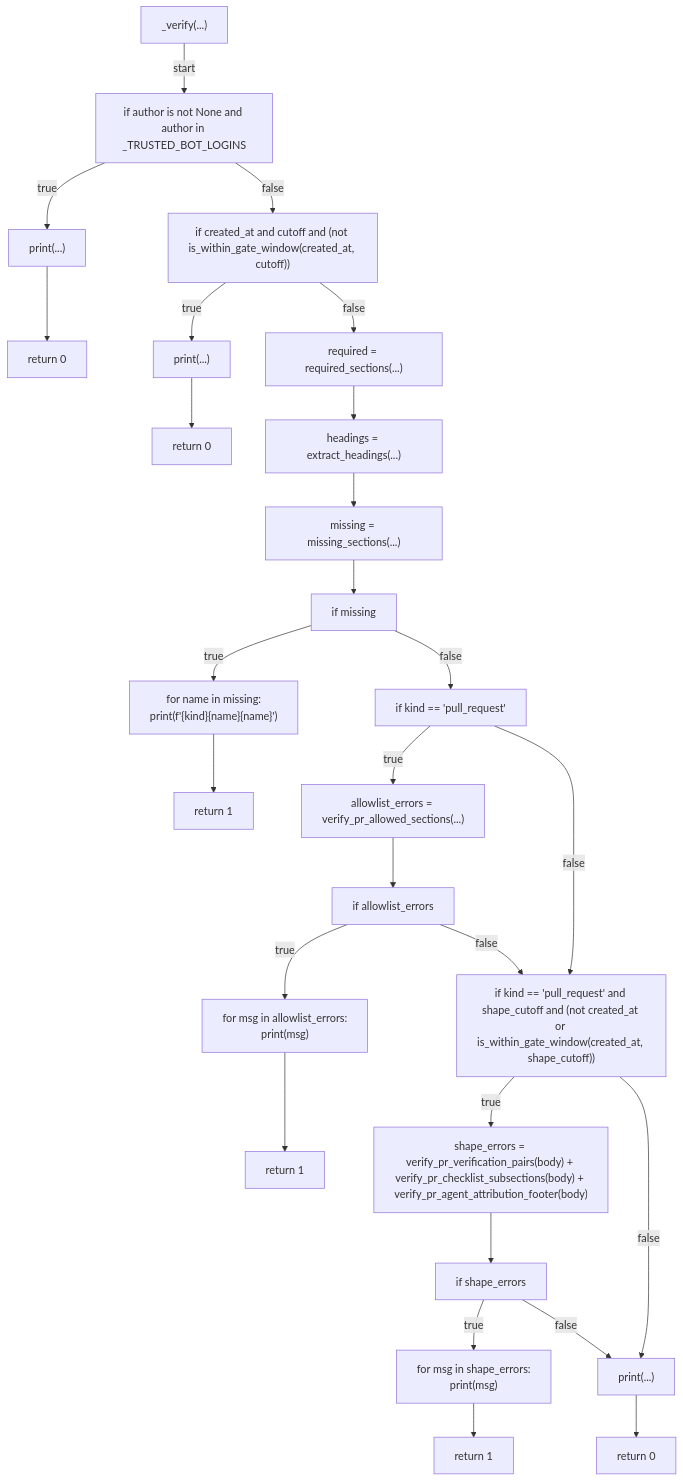
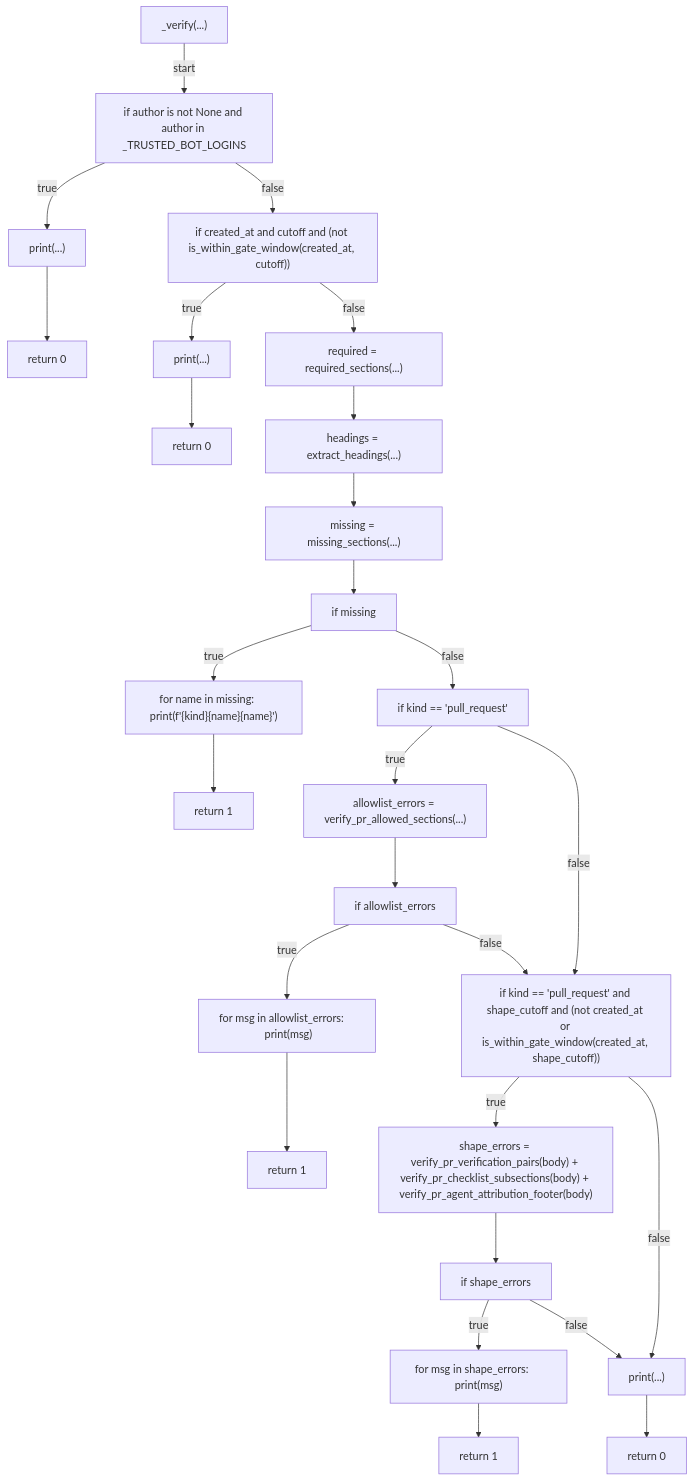
Before and after one commit to tvna/claude-md: diagram 18 of 25 in docs/generated/scripts/ast/body_policy.md, drawn with Mermaid. The commit also changed other lines of this file and 20 other files, not shown here.

First line of the commit message:
docs(generated): regenerate decision tree and workflow diagrams (batch 1/5)

````diff
--- a/docs/generated/scripts/ast/body_policy.md
+++ b/docs/generated/scripts/ast/body_policy.md
@@ -429,57 +365,54 @@
 ```mermaid
 flowchart TD
     N001["_verify(...)"]
     N002["if author is not None and author in _TRUSTED_BOT_LOGINS"]
     N003["print(...)"]
     N004["return 0"]
     N005["if created_at and cutoff and (not is_within_gate_window(created_at, cutoff))"]
     N006["print(...)"]
     N007["return 0"]
     N008["required = required_sections(...)"]
     N009["headings = extract_headings(...)"]
     N010["missing = missing_sections(...)"]
     N011["if missing"]
-    N012["for name in missing:
-    print(f'<str>{kind}<str>{name}<str>{name}<str>')"]
+    N012["for name in missing:     print(f'<str>{kind}<str>{name}<str>{name}<str>')"]
     N013["return 1"]
     N014["if kind == 'pull_request'"]
     N015["allowlist_errors = verify_pr_allowed_sections(...)"]
     N016["if allowlist_errors"]
-    N017["for msg in allowlist_errors:
-    print(msg)"]
+    N017["for msg in allowlist_errors:     print(msg)"]
     N018["return 1"]
     N019["if kind == 'pull_request' and shape_cutoff and (not created_at or is_within_gate_window(created_at, shape_cutoff))"]
     N020["shape_errors = verify_pr_verification_pairs(body) + verify_pr_checklist_subsections(body) + verify_pr_agent_attribution_footer(body)"]
     N021["if shape_errors"]
-    N022["for msg in shape_errors:
-    print(msg)"]
+    N022["for msg in shape_errors:     print(msg)"]
     N023["return 1"]
     N024["print(...)"]
     N025["return 0"]
     N001 -->|"start"| N002
     N002 -->|"true"| N003
     N003 --> N004
     N002 -->|"false"| N005
     N005 -->|"true"| N006
     N006 --> N007
     N005 -->|"false"| N008
     N008 --> N009
     N009 --> N010
     N010 --> N011
     N011 -->|"true"| N012
     N012 --> N013
     N011 -->|"false"| N014
     N014 -->|"true"| N015
     N015 --> N016
     N016 -->|"true"| N017
     N017 --> N018
     N016 -->|"false"| N019
     N014 -->|"false"| N019
     N019 -->|"true"| N020
     N020 --> N021
     N021 -->|"true"| N022
     N022 --> N023
     N021 -->|"false"| N024
     N019 -->|"false"| N024
     N024 --> N025
 ```
````
